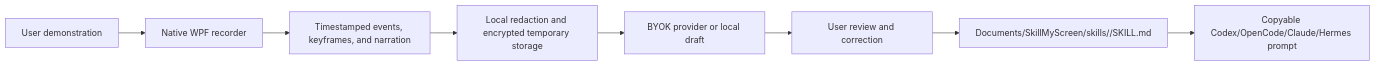
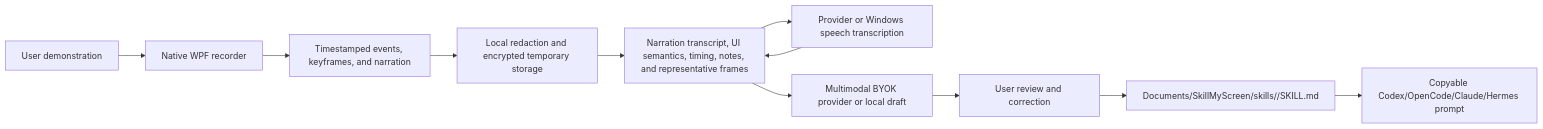
The diagram in src/SkillMyScreen/ARCHITECTURE.md (codemanojhv/OhMySkill), drawn with Mermaid before and after one commit. The commit also changed 11 other files, not shown here.

Commit message:
Use narration and visual context in skill generation

````diff
--- a/src/SkillMyScreen/ARCHITECTURE.md
+++ b/src/SkillMyScreen/ARCHITECTURE.md
@@ -5,10 +5,13 @@
 ```mermaid
 flowchart LR
     USER[User demonstration] --> CAPTURE[Native WPF recorder]
     CAPTURE --> TRACE[Timestamped events, keyframes, and narration]
     TRACE --> PRIVACY[Local redaction and encrypted temporary storage]
-    PRIVACY --> AI[BYOK provider or local draft]
+    PRIVACY --> CONTEXT[Narration transcript, UI semantics, timing, notes, and representative frames]
+    CONTEXT --> AUDIO[Provider or Windows speech transcription]
+    AUDIO --> CONTEXT
+    CONTEXT --> AI[Multimodal BYOK provider or local draft]
     AI --> REVIEW[User review and correction]
     REVIEW --> OUTPUT[Documents/SkillMyScreen/skills/<slug>/SKILL.md]
     OUTPUT --> PROMPT[Copyable Codex/OpenCode/Claude/Hermes prompt]
 ```
````
